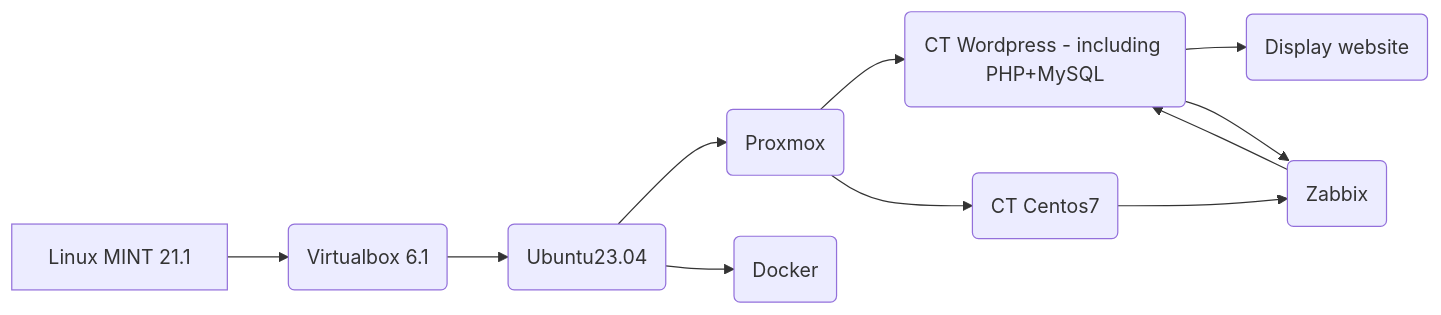
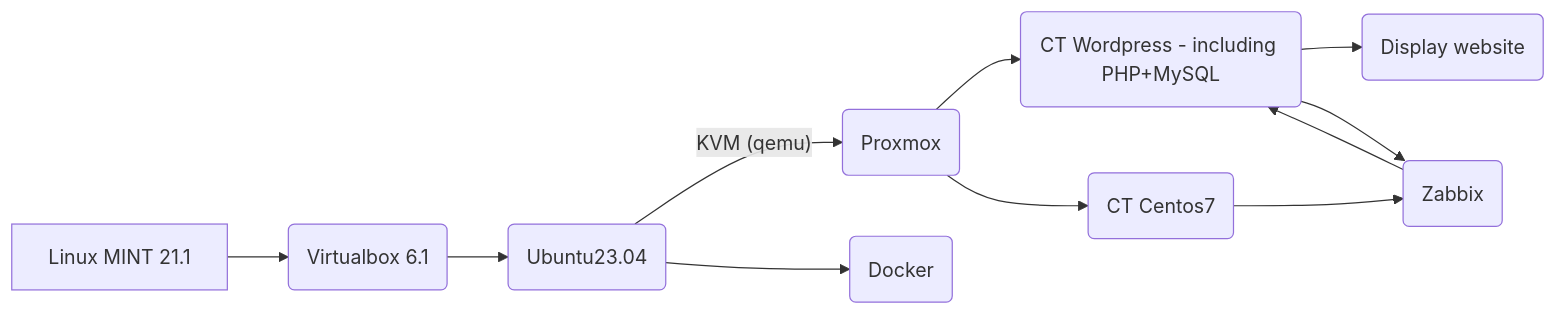
Before and after one commit to DanyAAD90/DevOps_junior_Wordpress: the diagram in Project.md, drawn with Mermaid.

````diff
--- a/Project.md
+++ b/Project.md
@@ -3,13 +3,13 @@
 ```mermaid
 graph LR
 A[Linux MINT 21.1] --> B(Virtualbox 6.1)
 B --> C(Ubuntu23.04)
-C --> D(Proxmox)
+C -- KVM (qemu) --> D(Proxmox)
 D --> E(CT Wordpress - including PHP+MySQL)
 E --> G(Display website)
 C --> F(Docker)
 D --> H(CT Centos7)
 H --> I(Zabbix)
 I --> E
 E --> I
 ```
````
